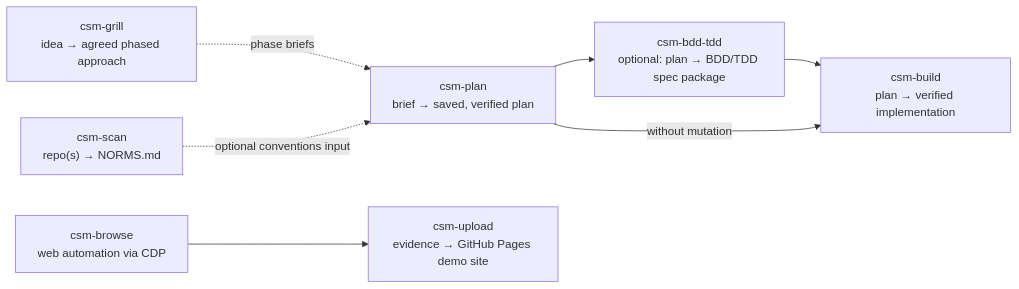
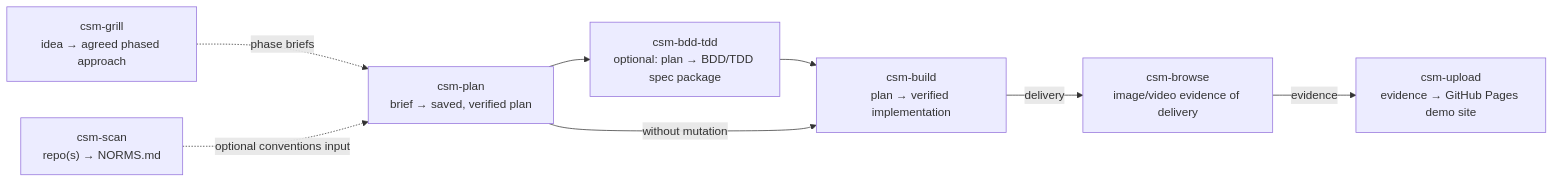
One commit to jamiemills/opencode-skills changed the diagram in README.md. Above: the diagram before and after it, drawn with Mermaid. The commit also changed other lines of this file, not shown here.

Commit message:
docs: link csm-browse to csm-build (evidence → csm-upload) in diagram and core loop

````diff
--- a/README.md
+++ b/README.md
@@ -20,9 +20,9 @@
 ```mermaid
 flowchart LR
     grill["csm-grill<br/>idea → agreed phased approach"] -.->|"phase briefs"| plan["csm-plan<br/>brief → saved, verified plan"]
     scan["csm-scan<br/>repo(s) → NORMS.md"] -.->|"optional conventions input"| plan
     plan --> bdd["csm-bdd-tdd<br/>optional: plan → BDD/TDD spec package"]
     bdd --> build["csm-build<br/>plan → verified implementation"]
     plan -->|"without mutation"| build
-    browse["csm-browse<br/>web automation via CDP"] --> upload["csm-upload<br/>evidence → GitHub Pages demo site"]
+    build -->|"delivery"| browse["csm-browse<br/>image/video evidence of delivery"] -->|"evidence"| upload["csm-upload<br/>evidence → GitHub Pages demo site"]
 ```
````
